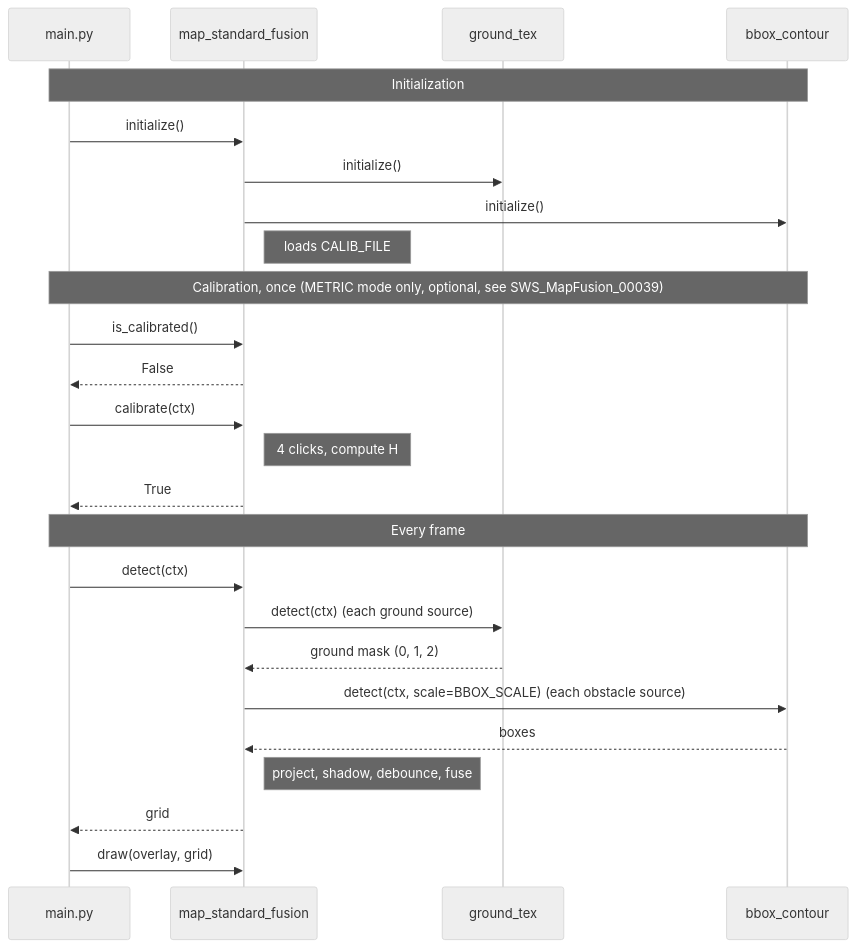
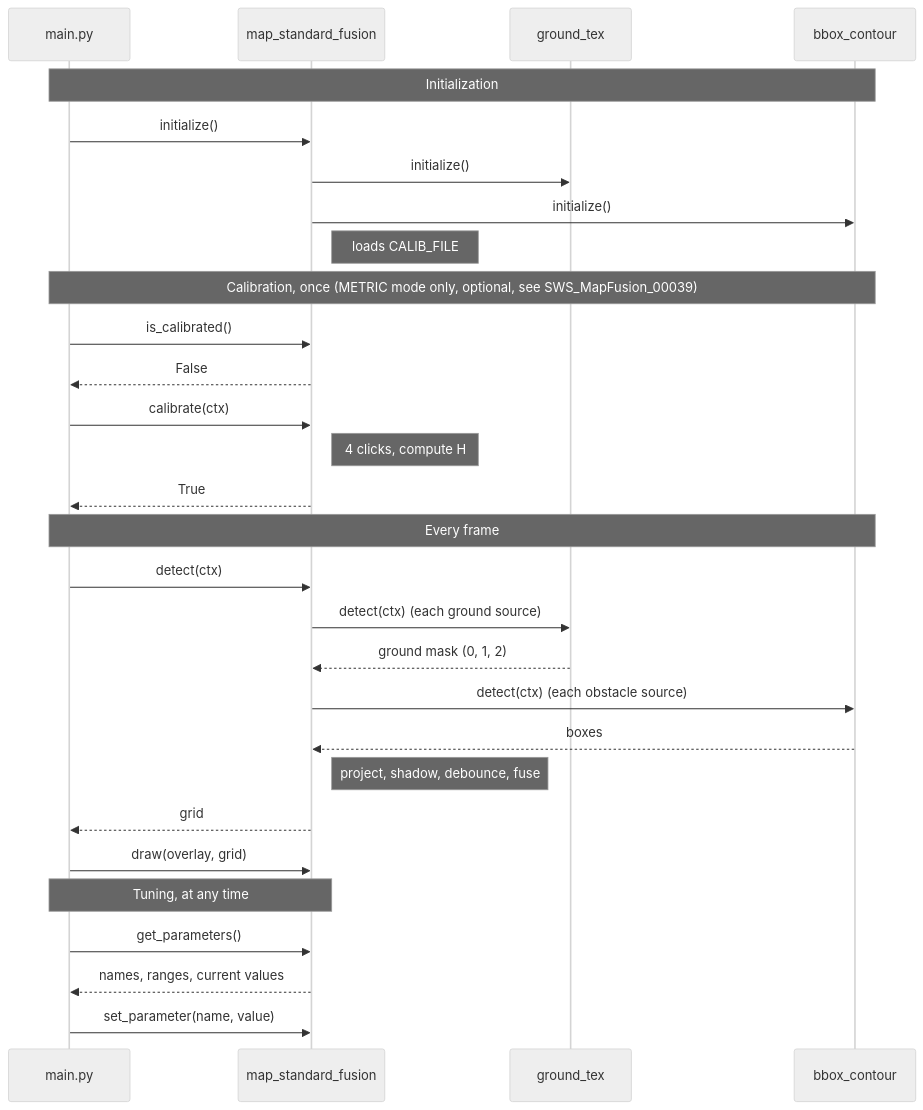
Before and after one commit to ToCap/MindstormObjectDetection: the diagram in MID/MID/map_standard_fusion.md, drawn with Mermaid (neutral theme). The commit also changed other lines of this file and 2 other files, not shown here.

Commit message:
feat: Support tunable parameters

````diff
--- a/MID/MID/map_standard_fusion.md
+++ b/MID/MID/map_standard_fusion.md
@@ -261,30 +312,35 @@
 ```mermaid
 sequenceDiagram
     participant M as main.py
     participant F as map_standard_fusion
     participant G as ground_tex
     participant B as bbox_contour
 
     Note over M,B: Initialization
     M->>F: initialize()
     F->>G: initialize()
     F->>B: initialize()
     Note right of F: loads CALIB_FILE
 
     Note over M,B: Calibration, once (METRIC mode only, optional, see SWS_MapFusion_00039)
     M->>F: is_calibrated()
     F-->>M: False
     M->>F: calibrate(ctx)
     Note right of F: 4 clicks, compute H
     F-->>M: True
 
     Note over M,B: Every frame
     M->>F: detect(ctx)
     F->>G: detect(ctx) (each ground source)
     G-->>F: ground mask (0, 1, 2)
-    F->>B: detect(ctx, scale=BBOX_SCALE) (each obstacle source)
+    F->>B: detect(ctx) (each obstacle source)
     B-->>F: boxes
     Note right of F: project, shadow, debounce, fuse
     F-->>M: grid
     M->>F: draw(overlay, grid)
+
+    Note over M,F: Tuning, at any time
+    M->>F: get_parameters()
+    F-->>M: names, ranges, current values
+    M->>F: set_parameter(name, value)
 ```
````
